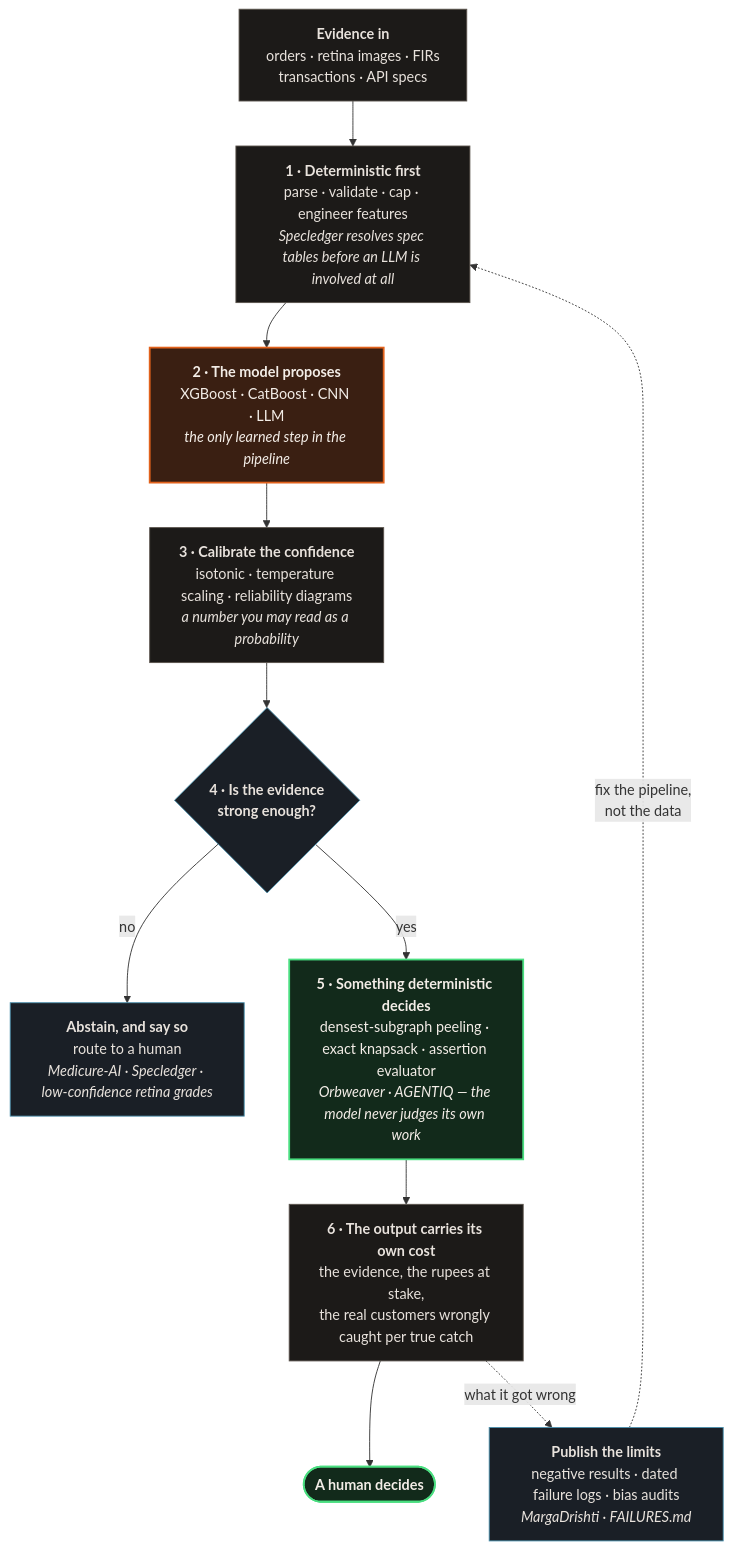
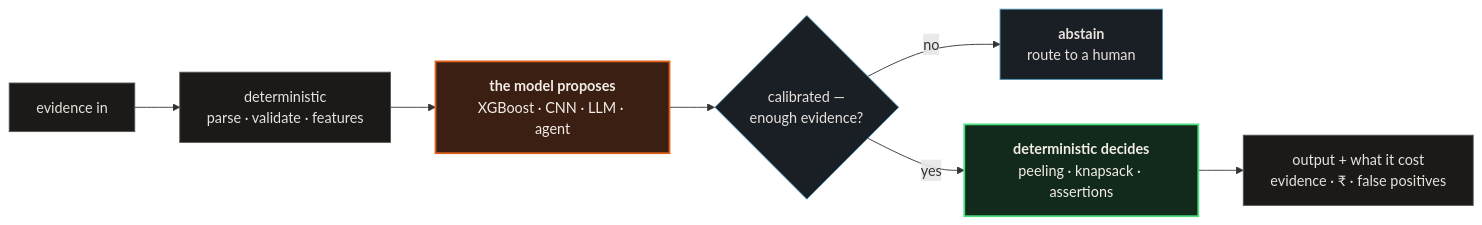
The diagram in README.md (adarshcod30/adarshcod30), drawn with Mermaid before and after one commit. The commit also changed other lines of this file and 7 other files, not shown here.

First line of the commit message:
Widen the framing past ML, shorten the diagram, draw the org avatars

````diff
--- a/README.md
+++ b/README.md
@@ -24,24 +35,18 @@
 ```mermaid
-flowchart TB
-    E["<b>Evidence in</b><br/>orders · retina images · FIRs<br/>transactions · API specs"]
-    E --> DET["<b>1 · Deterministic first</b><br/>parse · validate · cap · engineer features<br/><i>Specledger resolves spec tables before an LLM is involved at all</i>"]
-    DET --> MOD["<b>2 · The model proposes</b><br/>XGBoost · CatBoost · CNN · LLM<br/><i>the only learned step in the pipeline</i>"]
-    MOD --> CAL["<b>3 · Calibrate the confidence</b><br/>isotonic · temperature scaling · reliability diagrams<br/><i>a number you may read as a probability</i>"]
-    CAL --> GATE{"<b>4 · Is the evidence<br/>strong enough?</b>"}
-    GATE -->|no| ABS["<b>Abstain, and say so</b><br/>route to a human<br/><i>Medicure-AI · Specledger · low-confidence retina grades</i>"]
-    GATE -->|yes| DEC["<b>5 · Something deterministic decides</b><br/>densest-subgraph peeling · exact knapsack · assertion evaluator<br/><i>Orbweaver · AGENTIQ — the model never judges its own work</i>"]
-    DEC --> OUT["<b>6 · The output carries its own cost</b><br/>the evidence, the rupees at stake,<br/>the real customers wrongly caught per true catch"]
-    OUT --> HUM(["<b>A human decides</b>"])
-    OUT -.->|"what it got wrong"| LIM["<b>Publish the limits</b><br/>negative results · dated failure logs · bias audits<br/><i>MargaDrishti · FAILURES.md</i>"]
-    LIM -.->|"fix the pipeline,<br/>not the data"| DET
+flowchart LR
+    E["evidence in"] --> D["deterministic<br/>parse · validate · features"]
+    D --> M["<b>the model proposes</b><br/>XGBoost · CNN · LLM · agent"]
+    M --> G{"calibrated —<br/>enough evidence?"}
+    G -->|no| A["<b>abstain</b><br/>route to a human"]
+    G -->|yes| DEC["<b>deterministic decides</b><br/>peeling · knapsack · assertions"]
+    DEC --> O["output + what it cost<br/>evidence · ₹ · false positives"]
 
     classDef learned fill:#3a1f12,stroke:#e2621c,stroke-width:2px,color:#f3ede7
     classDef proved fill:#122a1b,stroke:#4ade80,stroke-width:2px,color:#f3ede7
     classDef plain fill:#1c1a18,stroke:#5a534c,color:#e8e2dc
     classDef soft fill:#1a1f26,stroke:#4a90ad,color:#e8e2dc
-    class MOD learned
+    class M learned
     class DEC proved
-    class E,DET,CAL,OUT plain
-    class ABS,LIM,GATE soft
-    class HUM proved
+    class E,D,O plain
+    class A,G soft
 ```
````
